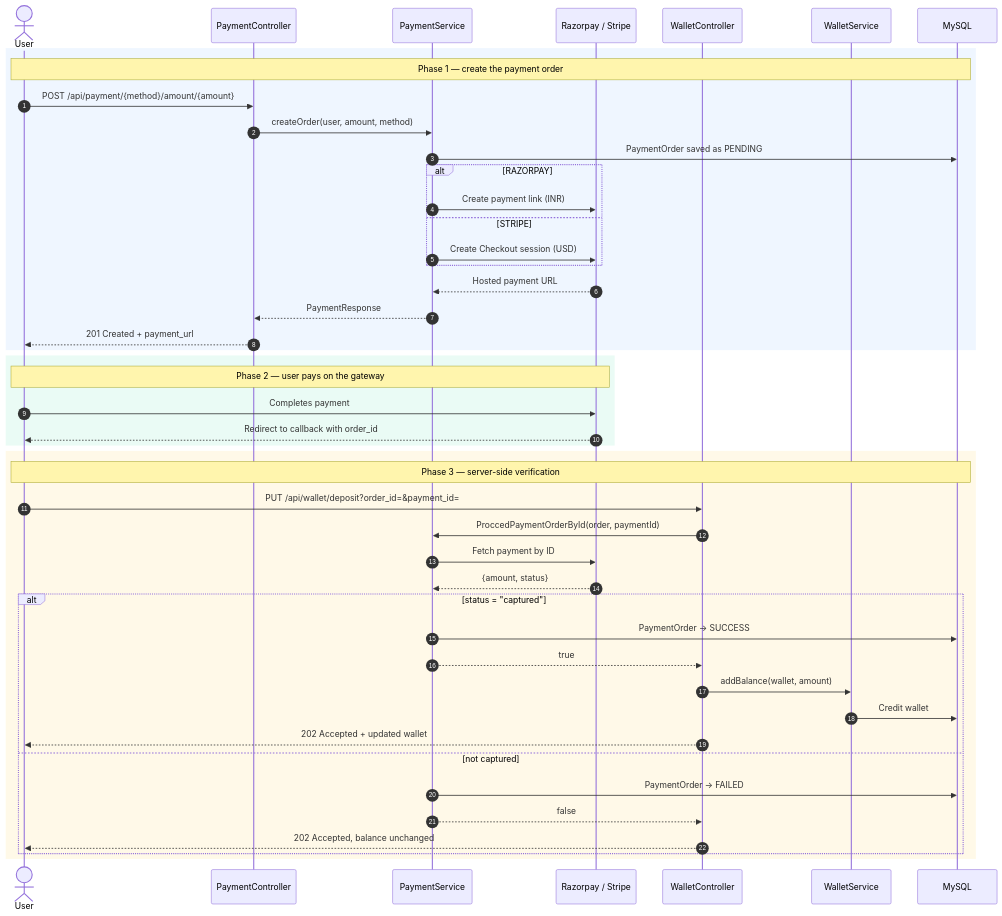
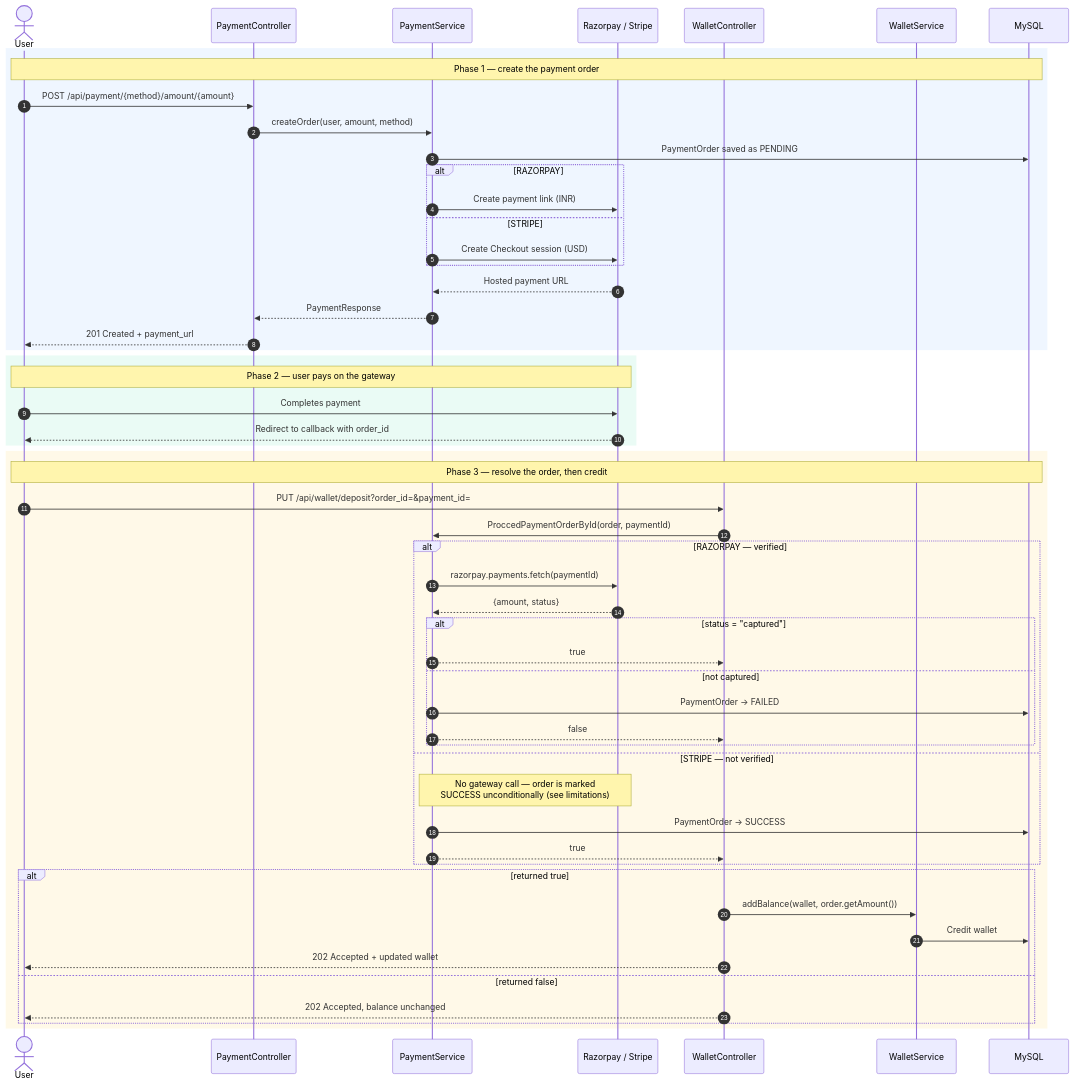
The third of 5 diagrams in README.md (chinmoypaul8897/Cone-Trading), drawn with Mermaid before and after one commit. The commit also changed other lines of this file and 2 other files, not shown here.

````diff
--- a/README.md
+++ b/README.md
@@ -162,51 +162,59 @@
 ```mermaid
 sequenceDiagram
     autonumber
     actor U as User
     participant PC as PaymentController
     participant PS as PaymentService
     participant GW as Razorpay / Stripe
     participant WC as WalletController
     participant WS as WalletService
     participant DB as MySQL
 
     rect rgba(96,165,250,0.10)
     Note over U,DB: Phase 1 — create the payment order
     U->>PC: POST /api/payment/{method}/amount/{amount}
     PC->>PS: createOrder(user, amount, method)
     PS->>DB: PaymentOrder saved as PENDING
     alt RAZORPAY
         PS->>GW: Create payment link (INR)
     else STRIPE
         PS->>GW: Create Checkout session (USD)
     end
     GW-->>PS: Hosted payment URL
     PS-->>PC: PaymentResponse
     PC-->>U: 201 Created + payment_url
     end
 
     rect rgba(52,211,153,0.10)
     Note over U,GW: Phase 2 — user pays on the gateway
     U->>GW: Completes payment
     GW-->>U: Redirect to callback with order_id
     end
 
     rect rgba(251,191,36,0.10)
-    Note over U,DB: Phase 3 — server-side verification
+    Note over U,DB: Phase 3 — resolve the order, then credit
     U->>WC: PUT /api/wallet/deposit?order_id=&payment_id=
     WC->>PS: ProccedPaymentOrderById(order, paymentId)
-    PS->>GW: Fetch payment by ID
-    GW-->>PS: {amount, status}
-    alt status = "captured"
+    alt RAZORPAY — verified
+        PS->>GW: razorpay.payments.fetch(paymentId)
+        GW-->>PS: {amount, status}
+        alt status = "captured"
+            PS-->>WC: true
+        else not captured
+            PS->>DB: PaymentOrder → FAILED
+            PS-->>WC: false
+        end
+    else STRIPE — not verified
+        Note over PS,GW: No gateway call — order is marked<br/>SUCCESS unconditionally (see limitations)
         PS->>DB: PaymentOrder → SUCCESS
         PS-->>WC: true
-        WC->>WS: addBalance(wallet, amount)
+    end
+    alt returned true
+        WC->>WS: addBalance(wallet, order.getAmount())
         WS->>DB: Credit wallet
         WC-->>U: 202 Accepted + updated wallet
-    else not captured
-        PS->>DB: PaymentOrder → FAILED
-        PS-->>WC: false
+    else returned false
         WC-->>U: 202 Accepted, balance unchanged
     end
     end
 ```
````
